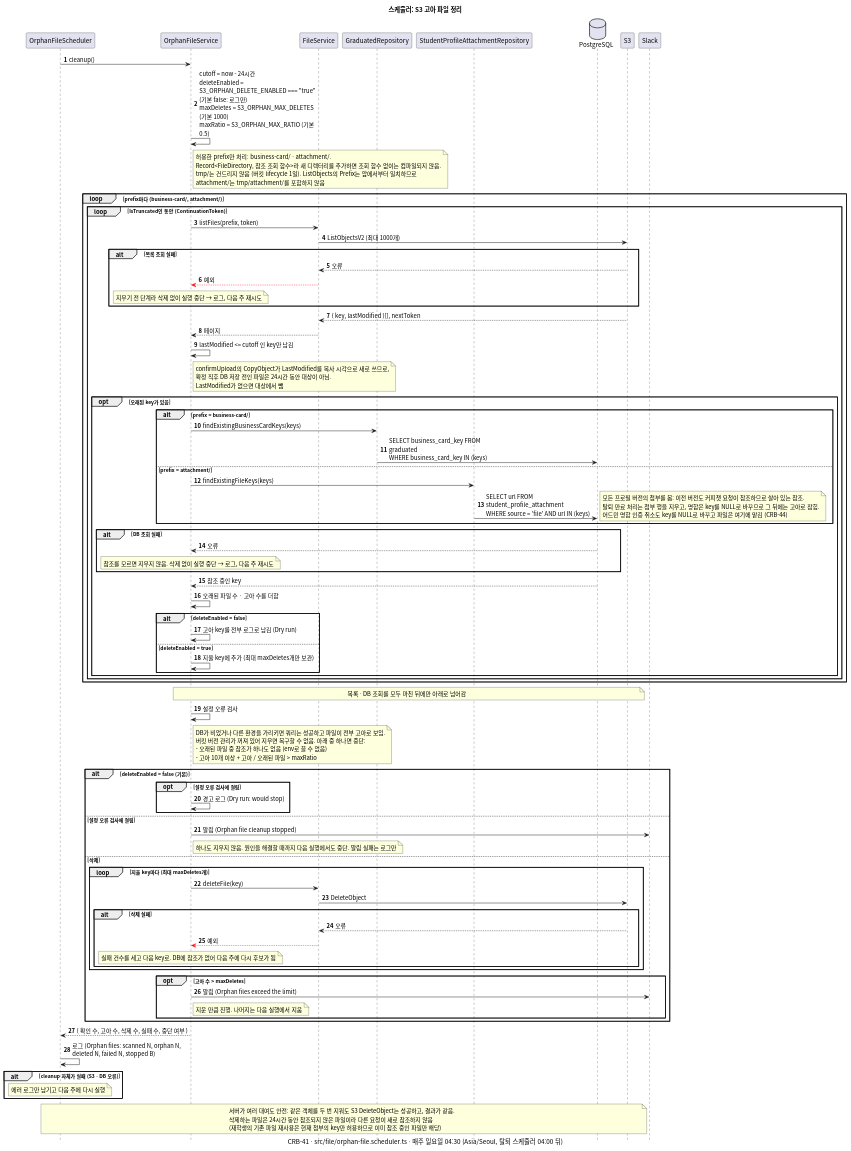
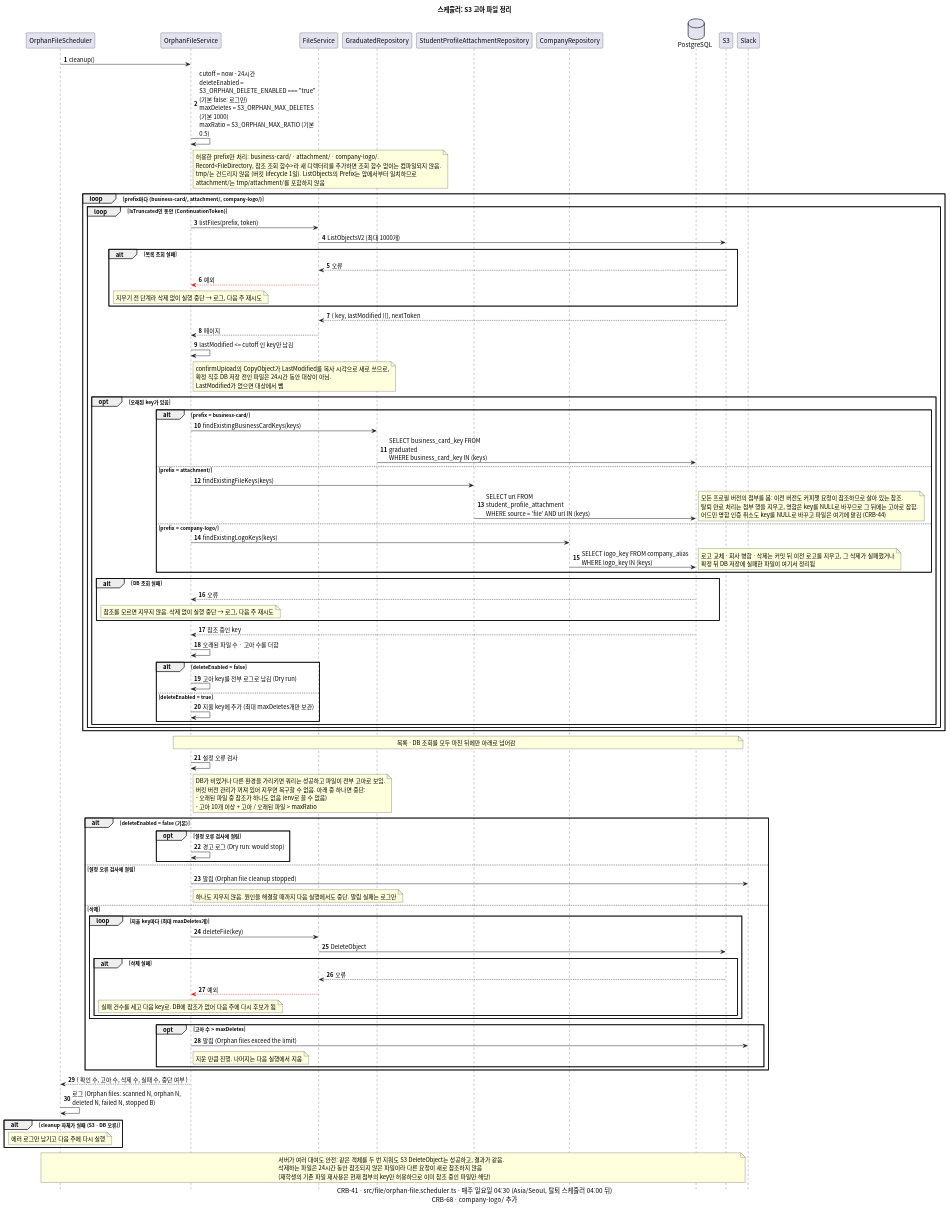
One commit to gsainfoteam/cheers-be changed the diagram in docs/sequence/flow/s3-orphan-cleanup.puml. Above: the diagram before and after it, drawn with PlantUML. The commit also changed 18 other files, not shown here.

Commit message:
- docs: add company sequence diagrams (CRB-68)

```diff
--- a/docs/sequence/flow/s3-orphan-cleanup.puml
+++ b/docs/sequence/flow/s3-orphan-cleanup.puml
@@ -1,123 +1,131 @@
 @startuml s3-orphan-cleanup
 skinparam defaultFontName "Apple SD Gothic Neo", "Noto Sans CJK KR", sans-serif
 skinparam responseMessageBelowArrow true
 skinparam sequenceMessageAlign left
 skinparam maxMessageSize 260
 skinparam BoxPadding 8
 skinparam shadowing false
 autonumber
 hide footbox
 
 title 스케줄러: S3 고아 파일 정리
-caption CRB-41 · src/file/orphan-file.scheduler.ts · 매주 일요일 04:30 (Asia/Seoul, 탈퇴 스케줄러 04:00 뒤)
+caption CRB-41 · src/file/orphan-file.scheduler.ts · 매주 일요일 04:30 (Asia/Seoul, 탈퇴 스케줄러 04:00 뒤)\nCRB-68 · company-logo/ 추가
 
 participant "OrphanFileScheduler" as Scheduler
 participant "OrphanFileService" as Service
 participant "FileService" as FileService
 participant "GraduatedRepository" as GraduatedRepository
 participant "StudentProfileAttachmentRepository" as AttachmentRepository
+participant "CompanyRepository" as CompanyRepository
 database PostgreSQL
 participant "S3"
 participant "Slack"
 
 Scheduler -> Service: cleanup()
 Service -> Service: cutoff = now - 24시간\ndeleteEnabled = S3_ORPHAN_DELETE_ENABLED === "true" (기본 false: 로그만)\nmaxDeletes = S3_ORPHAN_MAX_DELETES (기본 1000)\nmaxRatio = S3_ORPHAN_MAX_RATIO (기본 0.5)
 note right of Service
-  허용한 prefix만 처리: business-card/ · attachment/.
+  허용한 prefix만 처리: business-card/ · attachment/ · company-logo/.
   Record<FileDirectory, 참조 조회 함수>라 새 디렉터리를 추가하면 조회 함수 없이는 컴파일되지 않음.
   tmp/는 건드리지 않음 (버킷 lifecycle 1일). ListObjects의 Prefix는 앞에서부터 일치하므로
   attachment/는 tmp/attachment/를 포함하지 않음
 end note
 
-loop prefix마다 (business-card/, attachment/)
+loop prefix마다 (business-card/, attachment/, company-logo/)
   loop IsTruncated인 동안 (ContinuationToken)
     Service -> FileService: listFiles(prefix, token)
     FileService -> S3: ListObjectsV2 (최대 1000개)
     alt 목록 조회 실패
       S3 --> FileService: 오류
       FileService -[#red]-> Service: 예외
       note over Service: 지우기 전 단계라 삭제 없이 실행 중단 → 로그, 다음 주 재시도
     end
     S3 --> FileService: { key, lastModified }[], nextToken
     FileService --> Service: 페이지
 
     Service -> Service: lastModified <= cutoff 인 key만 남김
     note right of Service
       confirmUpload의 CopyObject가 LastModified를 복사 시각으로 새로 쓰므로,
       확정 직후 DB 저장 전인 파일은 24시간 동안 대상이 아님.
       LastModified가 없으면 대상에서 뺌
     end note
 
     opt 오래된 key가 있음
       alt prefix = business-card/
         Service -> GraduatedRepository: findExistingBusinessCardKeys(keys)
         GraduatedRepository -> PostgreSQL: SELECT business_card_key FROM graduated\nWHERE business_card_key IN (keys)
       else prefix = attachment/
         Service -> AttachmentRepository: findExistingFileKeys(keys)
         AttachmentRepository -> PostgreSQL: SELECT url FROM student_profile_attachment\nWHERE source = 'file' AND url IN (keys)
         note right
           모든 프로필 버전의 첨부를 봄: 이전 버전도 커피챗 요청이 참조하므로 살아 있는 참조.
           탈퇴 만료 처리는 첨부 행을 지우고, 명함은 key를 NULL로 바꾸므로 그 뒤에는 고아로 잡힘.
           어드민 명함 인증 취소도 key를 NULL로 바꾸고 파일은 여기에 맡김 (CRB-44)
+        end note
+      else prefix = company-logo/
+        Service -> CompanyRepository: findExistingLogoKeys(keys)
+        CompanyRepository -> PostgreSQL: SELECT logo_key FROM company_alias\nWHERE logo_key IN (keys)
+        note right
+          로고 교체 · 회사 병합 · 삭제는 커밋 뒤 이전 로고를 지우고, 그 삭제가 실패했거나
+          확정 뒤 DB 저장에 실패한 파일이 여기서 정리됨
         end note
       end
       alt DB 조회 실패
         PostgreSQL --> Service: 오류
         note over Service: 참조를 모르면 지우지 않음. 삭제 없이 실행 중단 → 로그, 다음 주 재시도
       end
       PostgreSQL --> Service: 참조 중인 key
       Service -> Service: 오래된 파일 수 · 고아 수를 더함
       alt deleteEnabled = false
         Service -> Service: 고아 key를 전부 로그로 남김 (Dry run)
       else deleteEnabled = true
         Service -> Service: 지울 key에 추가 (최대 maxDeletes개만 보관)
       end
     end
   end
 end
 note over Service, S3: 목록 · DB 조회를 모두 마친 뒤에만 아래로 넘어감
 
 Service -> Service: 설정 오류 검사
 note right of Service
   DB가 비었거나 다른 환경을 가리키면 쿼리는 성공하고 파일이 전부 고아로 보임.
   버킷 버전 관리가 꺼져 있어 지우면 복구할 수 없음. 아래 중 하나면 중단:
   - 오래된 파일 중 참조가 하나도 없음 (env로 끌 수 없음)
   - 고아 10개 이상 + 고아 / 오래된 파일 > maxRatio
 end note
 
 alt deleteEnabled = false (기본)
   opt 설정 오류 검사에 걸림
     Service -> Service: 경고 로그 (Dry run: would stop)
   end
 else 설정 오류 검사에 걸림
   Service -> Slack: 알림 (Orphan file cleanup stopped)
   note right of Service: 하나도 지우지 않음. 원인을 해결할 때까지 다음 실행에서도 중단. 알림 실패는 로그만
 else 삭제
   loop 지울 key마다 (최대 maxDeletes개)
     Service -> FileService: deleteFile(key)
     FileService -> S3: DeleteObject
     alt 삭제 실패
       S3 --> FileService: 오류
       FileService -[#red]-> Service: 예외
       note over Service: 실패 건수를 세고 다음 key로. DB에 참조가 없어 다음 주에 다시 후보가 됨
     end
   end
   opt 고아 수 > maxDeletes
     Service -> Slack: 알림 (Orphan files exceed the limit)
     note right of Service: 지운 만큼 진행. 나머지는 다음 실행에서 지움
   end
 end
 
 Service --> Scheduler: { 확인 수, 고아 수, 삭제 수, 실패 수, 중단 여부 }
 Scheduler -> Scheduler: 로그 (Orphan files: scanned N, orphan N, deleted N, failed N, stopped B)
 alt cleanup 자체가 실패 (S3 · DB 오류)
   note over Scheduler: 에러 로그만 남기고 다음 주에 다시 실행
 end
 
 note over Scheduler, S3
   서버가 여러 대여도 안전: 같은 객체를 두 번 지워도 S3 DeleteObject는 성공하고, 결과가 같음.
   삭제하는 파일은 24시간 동안 참조되지 않은 파일이라 다른 요청이 새로 참조하지 않음
   (재학생의 기존 파일 재사용은 현재 첨부의 key만 허용하므로 이미 참조 중인 파일만 해당)
 end note
 
 @enduml
```
